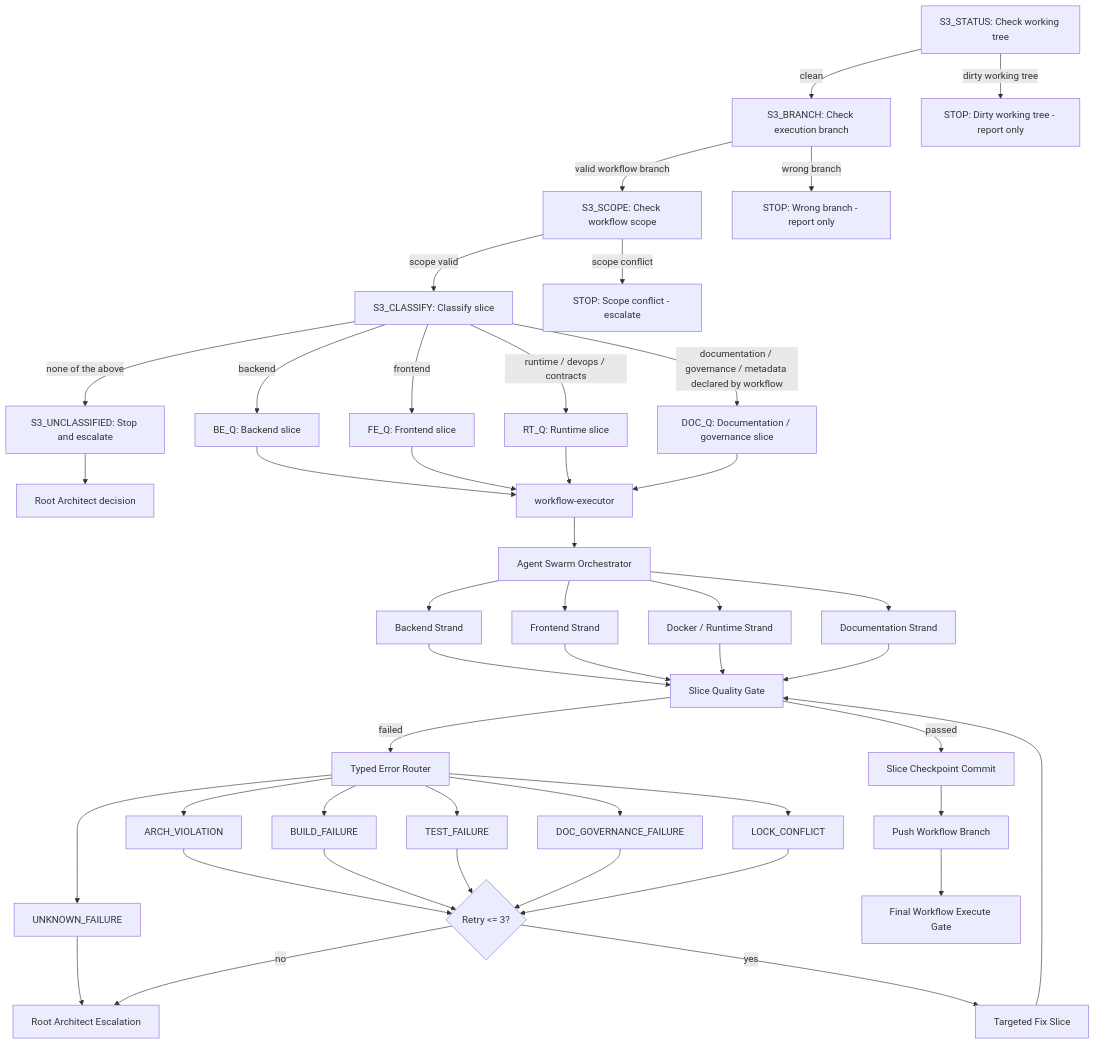
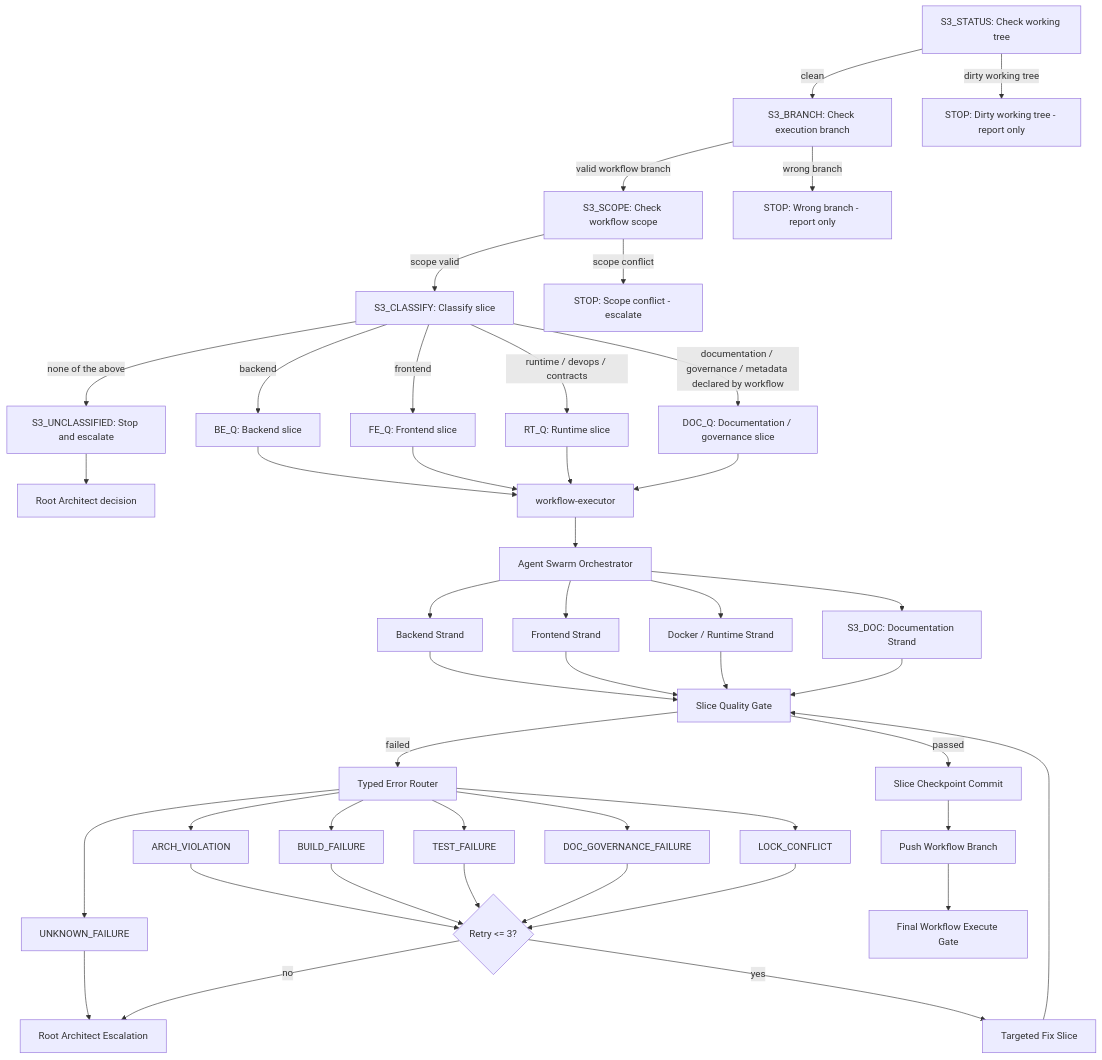
Before and after one commit to MatthiasBurger-Coder/forensic_analytics: the third of 3 diagrams in docs/arc42/06-runtime-view.md, drawn with Mermaid. The commit also changed other lines of this file and 15 other files, not shown here.

````diff
--- a/docs/arc42/06-runtime-view.md
+++ b/docs/arc42/06-runtime-view.md
@@ -184,67 +184,67 @@
 ```mermaid
 flowchart TD
   Status["S3_STATUS: Check working tree"]
   Branch["S3_BRANCH: Check execution branch"]
   Scope["S3_SCOPE: Check workflow scope"]
   Classify["S3_CLASSIFY: Classify slice"]
   BE_Q["BE_Q: Backend slice"]
   FE_Q["FE_Q: Frontend slice"]
   RT_Q["RT_Q: Runtime slice"]
   DOC_Q["DOC_Q: Documentation / governance slice"]
   Unclassified["S3_UNCLASSIFIED: Stop and escalate"]
   RootArchitect["Root Architect decision"]
   StopStatus["STOP: Dirty working tree - report only"]
   StopBranch["STOP: Wrong branch - report only"]
   StopScope["STOP: Scope conflict - escalate"]
   Executor["workflow-executor"]
   Swarm["Agent Swarm Orchestrator"]
   Backend["Backend Strand"]
   Frontend["Frontend Strand"]
   Runtime["Docker / Runtime Strand"]
-  Docs["Documentation Strand"]
+  Docs["S3_DOC: Documentation Strand"]
   Gate["Slice Quality Gate"]
   Router["Typed Error Router"]
   ArchFailure["ARCH_VIOLATION"]
   BuildFailure["BUILD_FAILURE"]
   TestFailure["TEST_FAILURE"]
   DocFailure["DOC_GOVERNANCE_FAILURE"]
   LockFailure["LOCK_CONFLICT"]
   UnknownFailure["UNKNOWN_FAILURE"]
   Retry{"Retry <= 3?"}
   Fix["Targeted Fix Slice"]
   Escalate["Root Architect Escalation"]
   Commit["Slice Checkpoint Commit"]
   Push["Push Workflow Branch"]
   Final["Final Workflow Execute Gate"]
 
   Status -->|clean| Branch
   Status -->|dirty working tree| StopStatus
   Branch -->|valid workflow branch| Scope
   Branch -->|wrong branch| StopBranch
   Scope -->|scope valid| Classify
   Scope -->|scope conflict| StopScope
   Classify -->|backend| BE_Q --> Executor
   Classify -->|frontend| FE_Q --> Executor
   Classify -->|runtime / devops / contracts| RT_Q --> Executor
   Classify -->|documentation / governance / metadata declared by workflow| DOC_Q --> Executor
   Classify -->|none of the above| Unclassified --> RootArchitect
   Executor --> Swarm
   Swarm --> Backend
   Swarm --> Frontend
   Swarm --> Runtime
   Swarm --> Docs
   Backend --> Gate
   Frontend --> Gate
   Runtime --> Gate
   Docs --> Gate
   Gate -->|passed| Commit --> Push --> Final
   Gate -->|failed| Router
   Router --> ArchFailure --> Retry
   Router --> BuildFailure --> Retry
   Router --> TestFailure --> Retry
   Router --> DocFailure --> Retry
   Router --> LockFailure --> Retry
   Router --> UnknownFailure --> Escalate
   Retry -->|yes| Fix --> Gate
   Retry -->|no| Escalate
 ```
````
